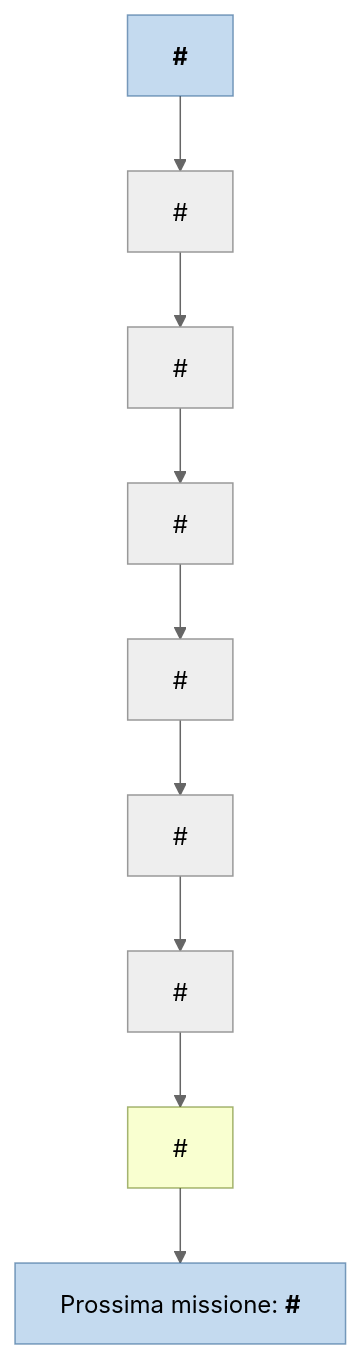
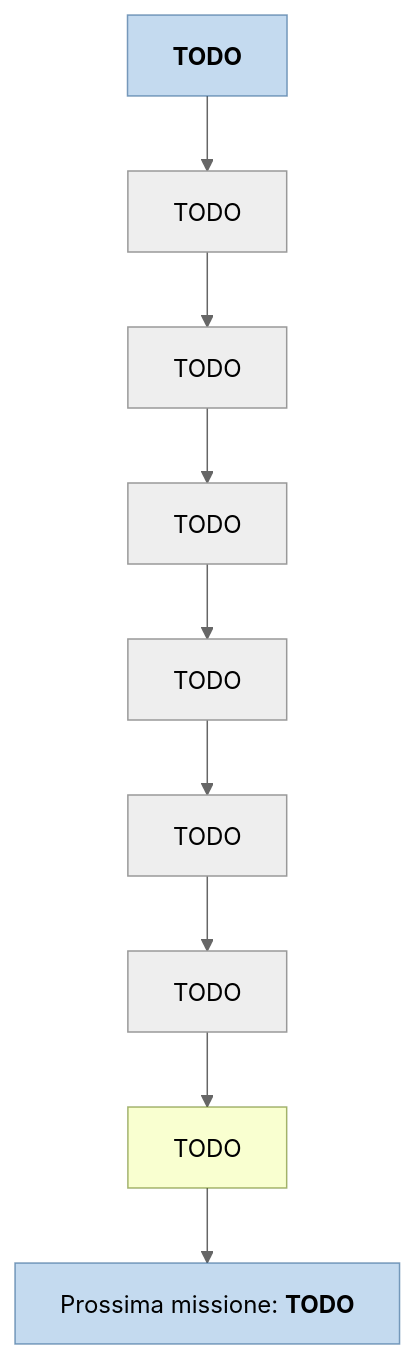
One commit to persy/wastelander changed the diagram in content/docs/fallout 3/missioni/template.md. Above: the diagram before and after it, drawn with Mermaid (neutral theme). The commit also changed other lines of this file and 9 other files, not shown here.

````diff
--- a/content/docs/fallout 3/missioni/template.md
+++ b/content/docs/fallout 3/missioni/template.md
@@ -25,14 +25,14 @@
 ```mermaid
 graph TD;
-    id1[<b>#</b>]:::questfo3-->id2[#]
-    id2-->id3[#]
-    id3-->id4[#]
-    id4-->id5[#]
-    id5-->id6[#]  
-    id6-->id7[#]
-    id7-->id8[#]:::rewardfo3
-    id8-->id9[Prossima missione: <b>#</b>]:::questfo3
-    click id9 "../#"
+    id1[<b>TODO</b>]:::questfo3-->id2[TODO]
+    id2-->id3[TODO]
+    id3-->id4[TODO]
+    id4-->id5[TODO]
+    id5-->id6[TODO]  
+    id6-->id7[TODO]
+    id7-->id8[TODO]:::rewardfo3
+    id8-->id9[Prossima missione: <b>TODO</b>]:::questfo3
+    click id9 "../TODO"
     classDef rewardfo3 fill:#f1ff8a66, stroke:#56700087;
     classDef questfo3 fill:#5f9bd35e, stroke:#255b8d91;
 ```
````
